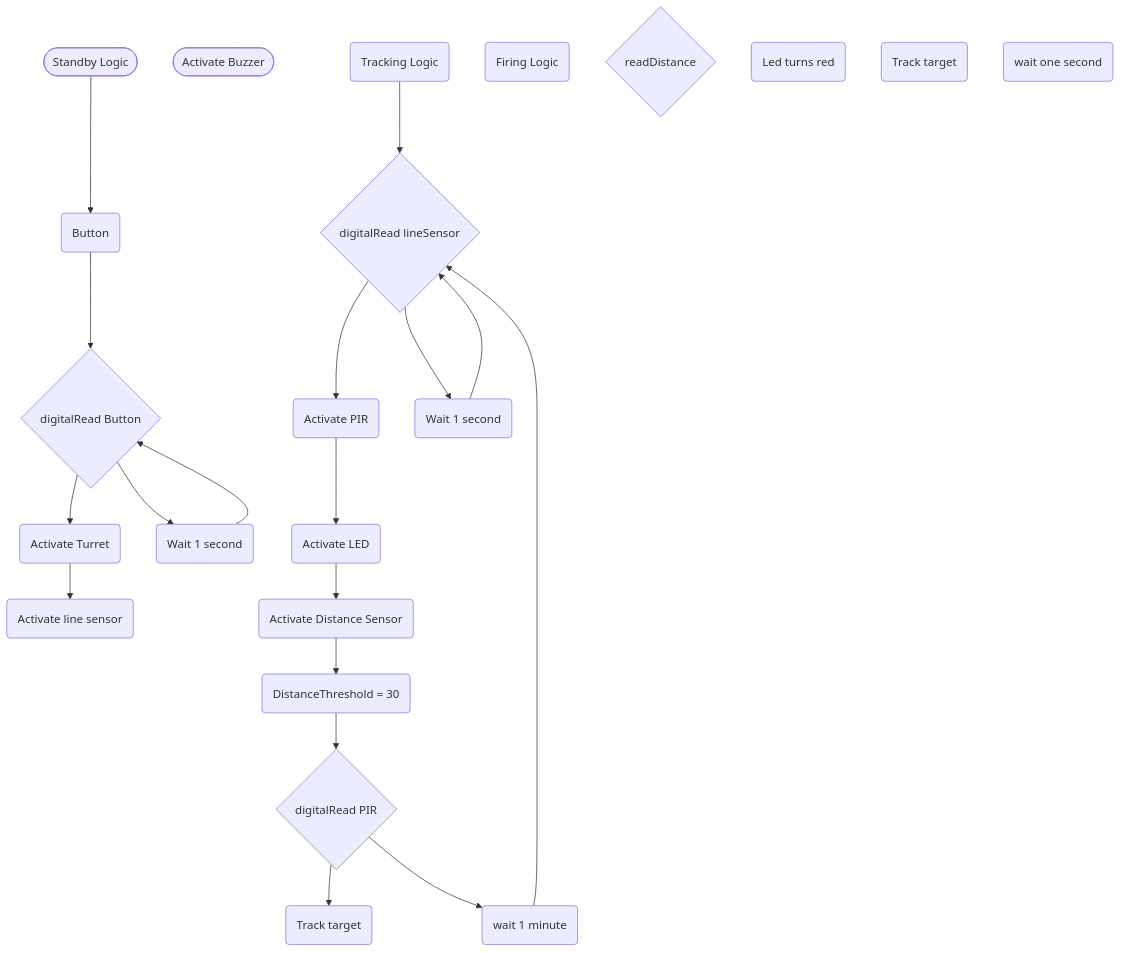
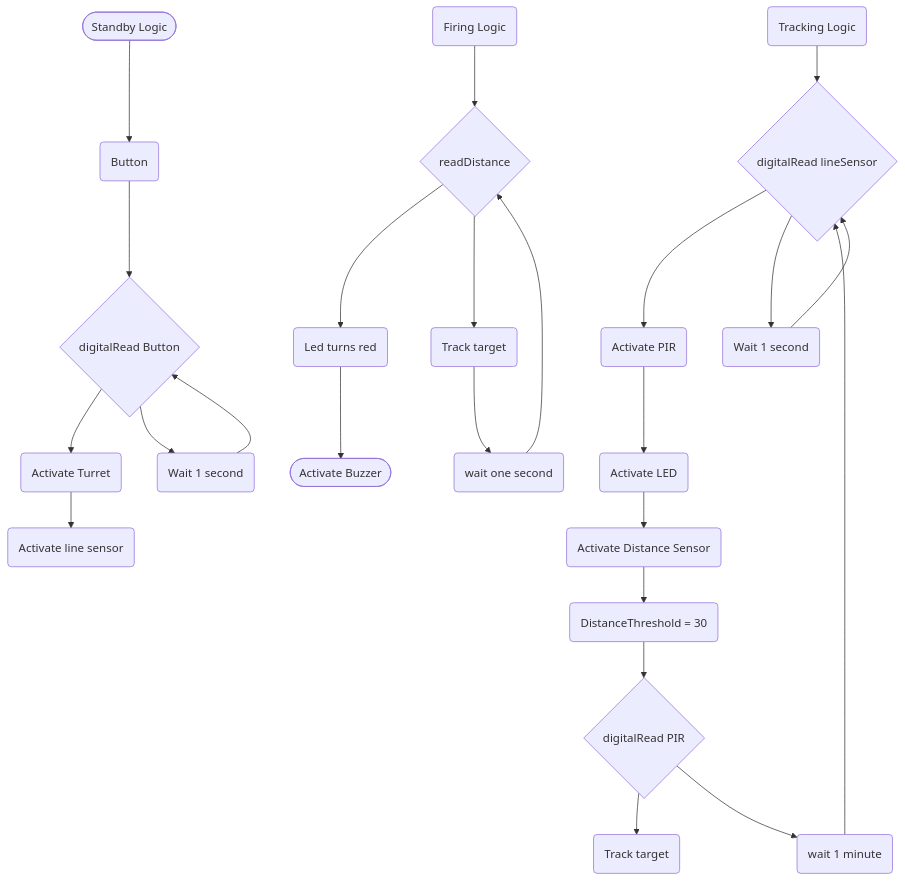
Before and after one commit to Zac2259/Smart-Turret: the diagram in logic.md, drawn with Mermaid.

````diff
--- a/logic.md
+++ b/logic.md
@@ -1,46 +1,51 @@
  ```mermaid
  flowchart TD
  %%standby logic
 terminalStart([Standby Logic])
  terminalEnd([Activate Buzzer])
  Button(Button)
 Buttontrigger{digitalRead Button}
 activateturret(Activate Turret)
 activatesensor(Activate line sensor)
 loop(Wait 1 second)
 %%Tracking logic
 Tracking(Tracking Logic)
 Readline{digitalRead lineSensor}
 activatepir(Activate PIR)
 activatedistance(Activate Distance Sensor)
 activateLED(Activate LED)
 loop2(Wait 1 second)
 distance(DistanceThreshold = 30)
 ReadPIR{digitalRead PIR}
 track(Track target)
 loop3(wait 1 minute)
 %%Firing
 firelogic(Firing Logic)
 readdistance{readDistance}
 fire(Led turns red)
 Keeptrack(Track target)
 loop4(wait one second)
 terminalStart --> Button
 Button --> Buttontrigger
 Buttontrigger --> activateturret
 activateturret --> activatesensor
 Buttontrigger --> loop
 loop -->Buttontrigger
 Tracking --> Readline
 Readline --> activatepir
 activatepir --> activateLED
 Readline --> loop2
 loop2 --> Readline
 activateLED --> activatedistance
 activatedistance --> distance
 distance --> ReadPIR
 ReadPIR --> track
 ReadPIR --> loop3
 loop3 --> Readline
-
+firelogic --> readdistance
+readdistance --> fire
+fire --> terminalEnd
+readdistance --> Keeptrack
+Keeptrack --> loop4 
+loop4 --> readdistance
  ```
````
